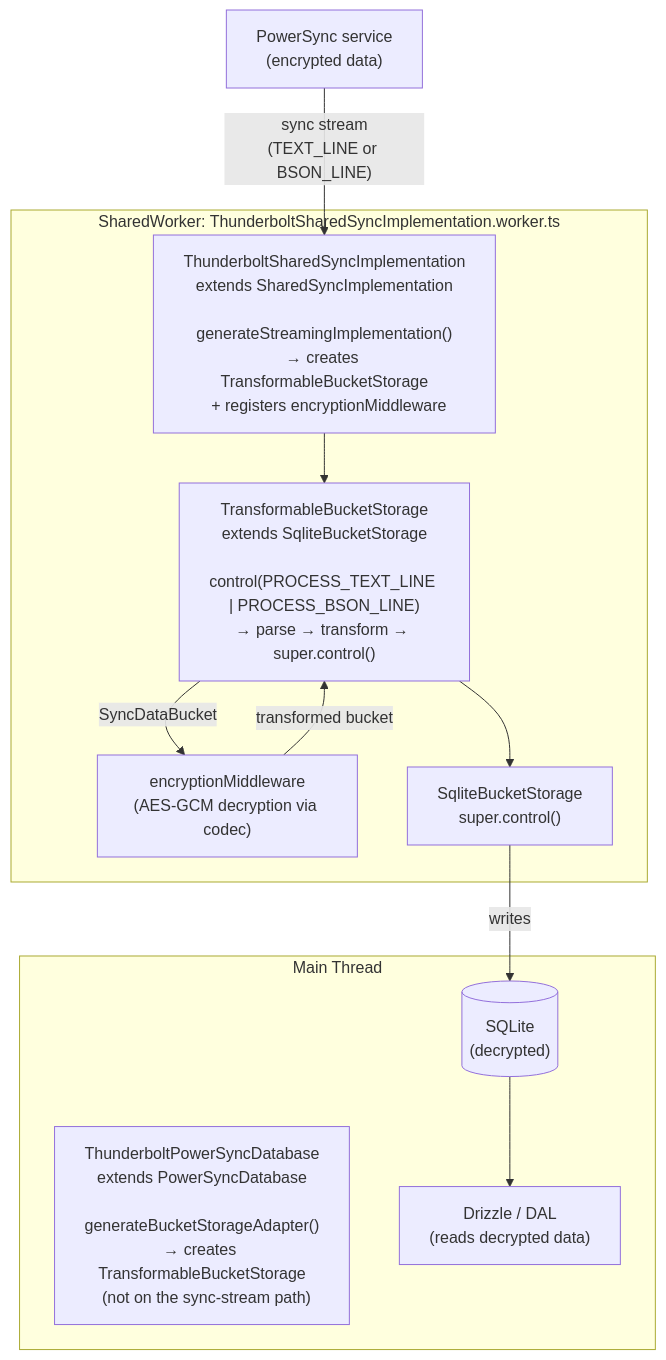
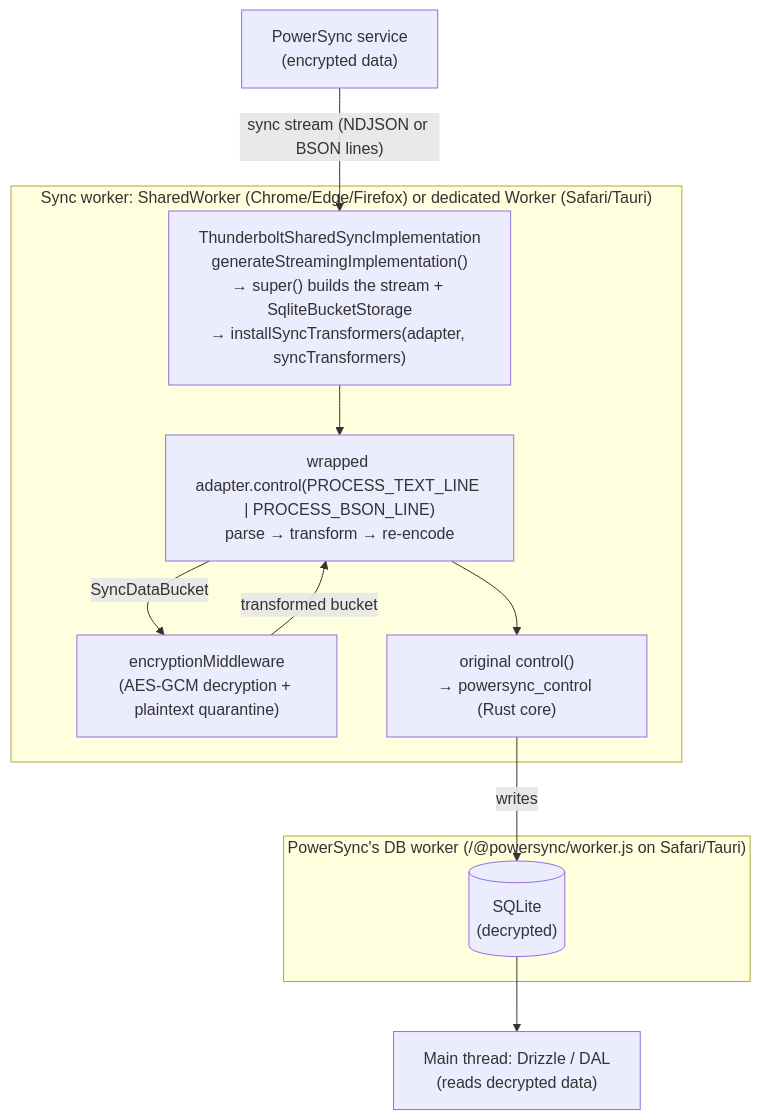
One commit to Chroma01/thunderbolt changed the diagram in docs/internals/architecture/powersync-sync-middleware.md. Above: the diagram before and after it, drawn with Mermaid. The commit also changed other lines of this file and 62 other files, not shown here.

First line of the commit message:
chore(THU-1105): upgrade PowerSync to 2.x and migrate to Sync Streams (#1406)

````diff
--- a/docs/internals/architecture/powersync-sync-middleware.md
+++ b/docs/internals/architecture/powersync-sync-middleware.md
@@ -31,25 +32,25 @@
 ```mermaid
 flowchart TD
     Server["PowerSync service<br/>(encrypted data)"]
 
-    subgraph MainThread["Main Thread"]
-        TPS["ThunderboltPowerSyncDatabase<br/>extends PowerSyncDatabase<br/><br/>generateBucketStorageAdapter()<br/>→ creates TransformableBucketStorage<br/>  (not on the sync-stream path)"]
-        Drizzle["Drizzle / DAL<br/>(reads decrypted data)"]
+    subgraph SyncWorker["Sync worker: SharedWorker (Chrome/Edge/Firefox) or dedicated Worker (Safari/Tauri)"]
+        TSSI["ThunderboltSharedSyncImplementation<br/>generateStreamingImplementation()<br/>→ super() builds the stream + SqliteBucketStorage<br/>→ installSyncTransformers(adapter, syncTransformers)"]
+        CTRL["wrapped adapter.control(PROCESS_TEXT_LINE | PROCESS_BSON_LINE)<br/>parse → transform → re-encode"]
+        MW["encryptionMiddleware<br/>(AES-GCM decryption + plaintext quarantine)"]
+        CORE["original control()<br/>→ powersync_control (Rust core)"]
+    end
+
+    subgraph DbWorker["PowerSync's DB worker (/@powersync/worker.js on Safari/Tauri)"]
         SQLite[("SQLite<br/>(decrypted)")]
     end
 
-    subgraph SharedWorker["SharedWorker: ThunderboltSharedSyncImplementation.worker.ts"]
-        TSSI["ThunderboltSharedSyncImplementation<br/>extends SharedSyncImplementation<br/><br/>generateStreamingImplementation()<br/>→ creates TransformableBucketStorage<br/>  + registers encryptionMiddleware"]
-        TBS["TransformableBucketStorage<br/>extends SqliteBucketStorage<br/><br/>control(PROCESS_TEXT_LINE | PROCESS_BSON_LINE)<br/>→ parse → transform → super.control()"]
-        MW["encryptionMiddleware<br/>(AES-GCM decryption via codec)"]
-        SBS["SqliteBucketStorage<br/>super.control()"]
-    end
+    Drizzle["Main thread: Drizzle / DAL<br/>(reads decrypted data)"]
 
-    Server -->|"sync stream<br/>(TEXT_LINE or BSON_LINE)"| TSSI
-    TSSI --> TBS
-    TBS -->|"SyncDataBucket"| MW
-    MW -->|"transformed bucket"| TBS
-    TBS --> SBS
-    SBS -->|"writes"| SQLite
+    Server -->|"sync stream (NDJSON or BSON lines)"| TSSI
+    TSSI --> CTRL
+    CTRL -->|"SyncDataBucket"| MW
+    MW -->|"transformed bucket"| CTRL
+    CTRL --> CORE
+    CORE -->|"writes"| SQLite
     SQLite --> Drizzle
 ```
````
